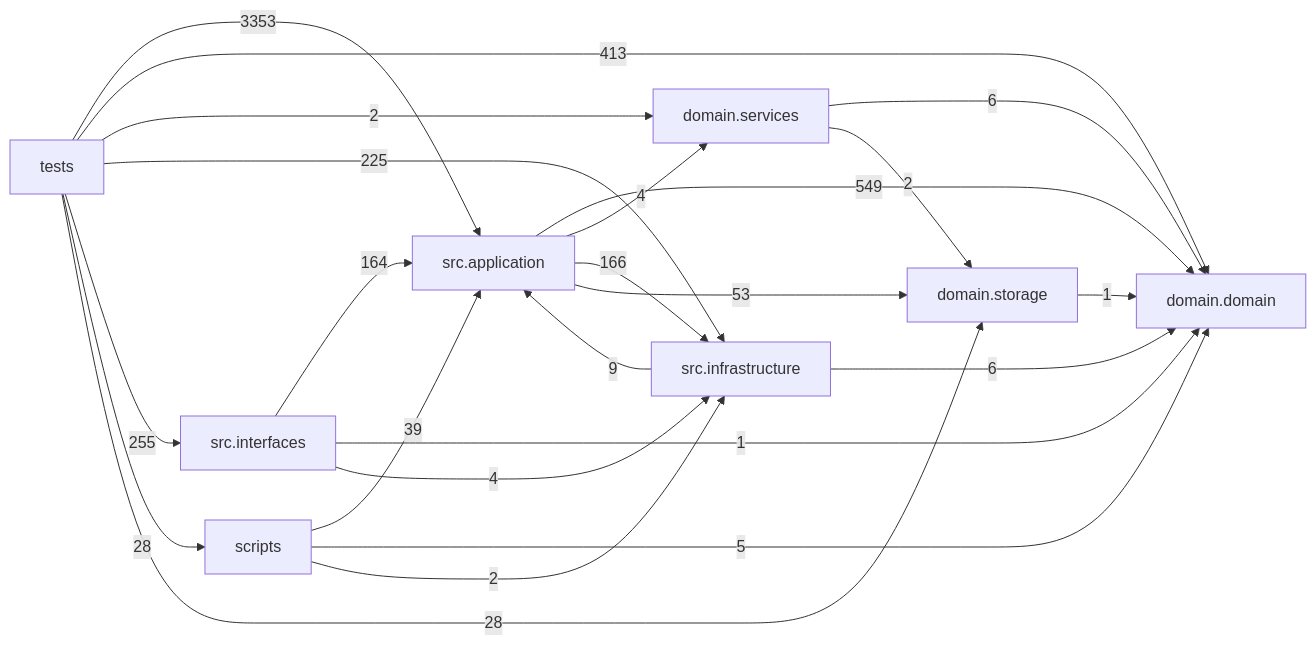
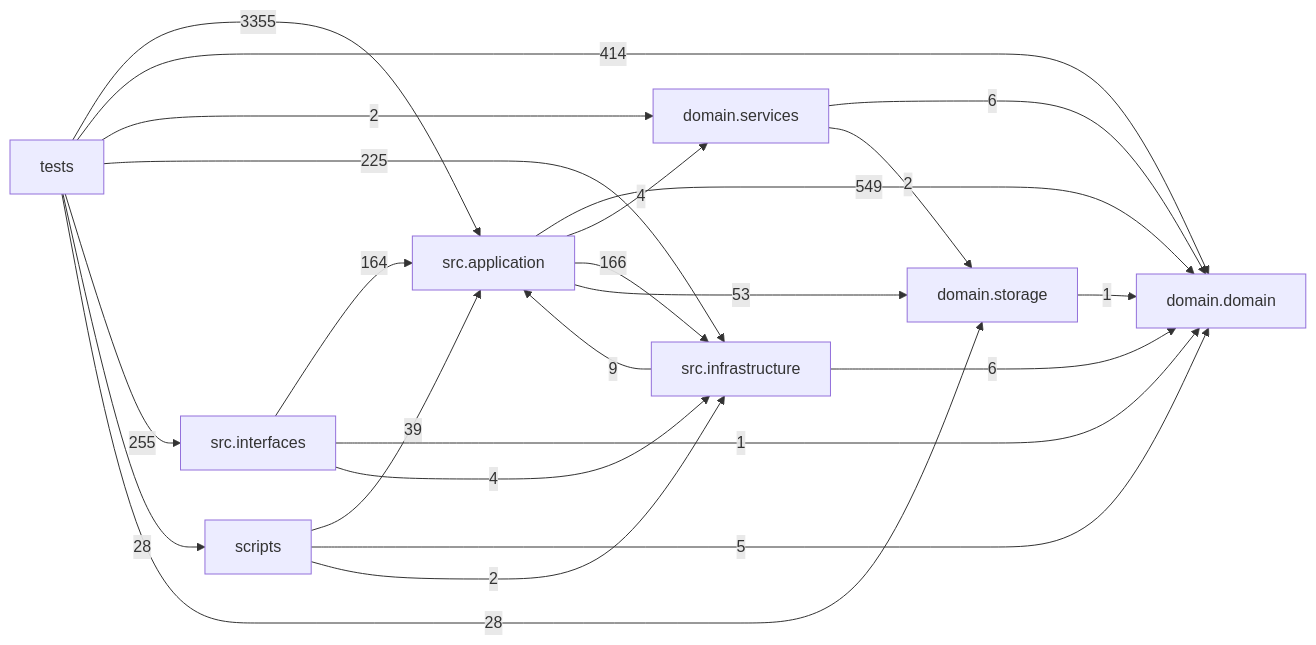
The diagram in docs/DEPENDENCY_GRAPH.md (liuxie066/options-monitor), drawn with Mermaid before and after one commit. The commit also changed other lines of this file and 10 other files, not shown here.

````diff
--- a/docs/DEPENDENCY_GRAPH.md
+++ b/docs/DEPENDENCY_GRAPH.md
@@ -24,33 +24,33 @@
 ```mermaid
 flowchart LR
   tests["tests"]
   scripts["scripts"]
   interfaces["src.interfaces"]
   application["src.application"]
   infrastructure["src.infrastructure"]
   domain_services["domain.services"]
   domain["domain.domain"]
   storage["domain.storage"]
   application -->|549| domain
   application -->|4| domain_services
   application -->|166| infrastructure
   application -->|53| storage
   domain_services -->|6| domain
   domain_services -->|2| storage
   infrastructure -->|9| application
   infrastructure -->|6| domain
   interfaces -->|164| application
   interfaces -->|1| domain
   interfaces -->|4| infrastructure
   scripts -->|39| application
   scripts -->|5| domain
   scripts -->|2| infrastructure
   storage -->|1| domain
-  tests -->|3353| application
-  tests -->|413| domain
+  tests -->|3355| application
+  tests -->|414| domain
   tests -->|2| domain_services
   tests -->|225| infrastructure
   tests -->|255| interfaces
   tests -->|28| scripts
   tests -->|28| storage
 ```
````
